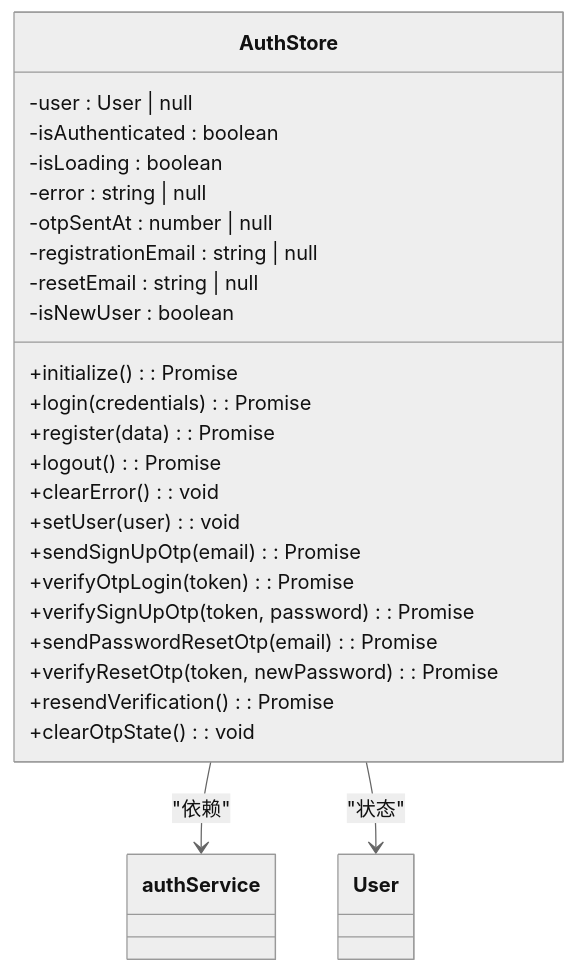
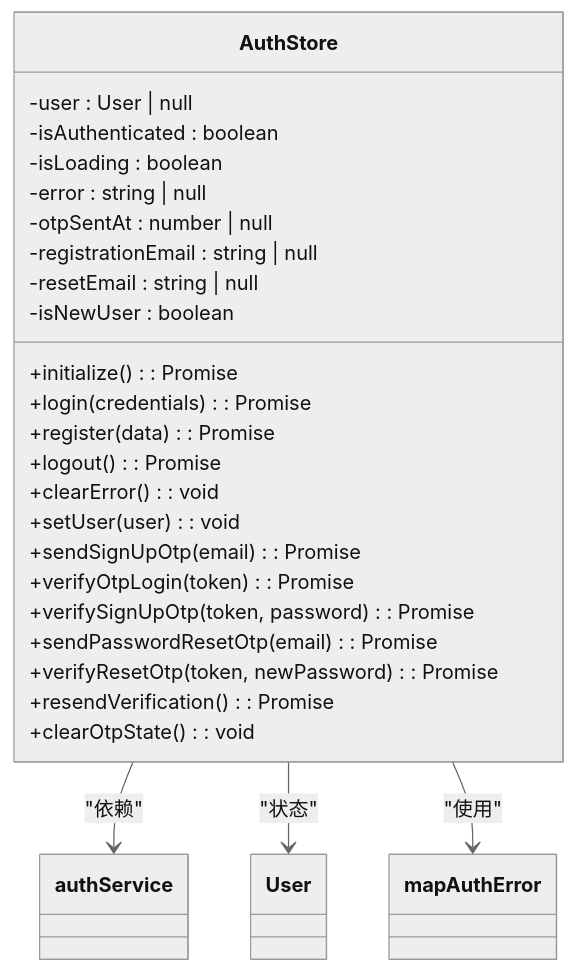
Before and after one commit to JasperLin2333/Flash-Flow: the sixth of 10 diagrams in .qoder/repowiki/zh/content/服务层与外部集成/认证系统/认证系统.md, drawn with Mermaid (neutral theme). The commit also changed other lines of this file and 12 other files, not shown here.

````diff
--- a/.qoder/repowiki/zh/content/服务层与外部集成/认证系统/认证系统.md
+++ b/.qoder/repowiki/zh/content/服务层与外部集成/认证系统/认证系统.md
@@ -222,28 +244,29 @@
 ```mermaid
 classDiagram
 class AuthStore {
 -user : User | null
 -isAuthenticated : boolean
 -isLoading : boolean
 -error : string | null
 -otpSentAt : number | null
 -registrationEmail : string | null
 -resetEmail : string | null
 -isNewUser : boolean
 +initialize() : Promise<void>
 +login(credentials) : Promise<boolean>
 +register(data) : Promise<boolean>
 +logout() : Promise<void>
 +clearError() : void
 +setUser(user) : void
 +sendSignUpOtp(email) : Promise<boolean>
 +verifyOtpLogin(token) : Promise<boolean>
 +verifySignUpOtp(token, password) : Promise<boolean>
 +sendPasswordResetOtp(email) : Promise<boolean>
 +verifyResetOtp(token, newPassword) : Promise<boolean>
 +resendVerification() : Promise<boolean>
 +clearOtpState() : void
 }
 AuthStore --> authService : "依赖"
 AuthStore --> User : "状态"
+AuthStore --> mapAuthError : "使用"
 ```
````
